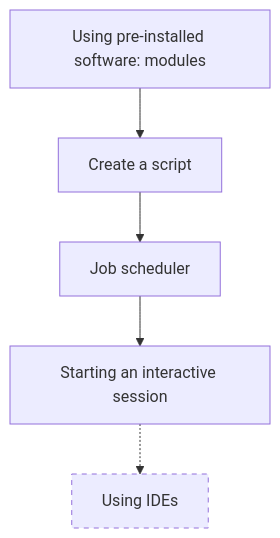
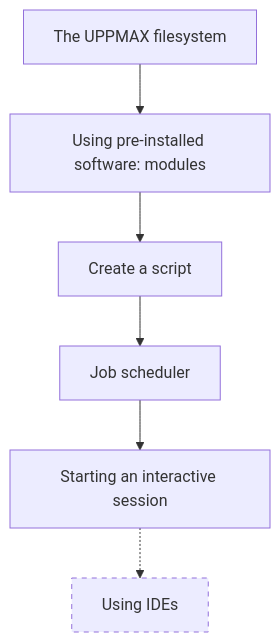
One commit to UPPMAX/uppmax_intro_day_1 changed the diagram in docs/sessions/introduction_real_work.md. Above: the diagram before and after it, drawn with Mermaid. The commit also changed other lines of this file, not shown here.

````diff
--- a/docs/sessions/introduction_real_work.md
+++ b/docs/sessions/introduction_real_work.md
@@ -17,16 +17,18 @@
 ```mermaid
 flowchart TD
 
   classDef maybe_not_node stroke-dasharray: 5 5
 
+  filesystem[The UPPMAX filesystem]
+  modules[Using pre-installed software: modules]
   scripts[Create a script]
-  modules[Using pre-installed software: modules]
   interactive[Starting an interactive session]
   job_scheduler[Job scheduler]
   ides[Using IDEs]:::maybe_not_node
 
+  filesystem --> modules
+  modules --> scripts
   scripts --> job_scheduler
-  modules --> scripts
   job_scheduler --> interactive
   interactive -.-> ides
 ```
````
